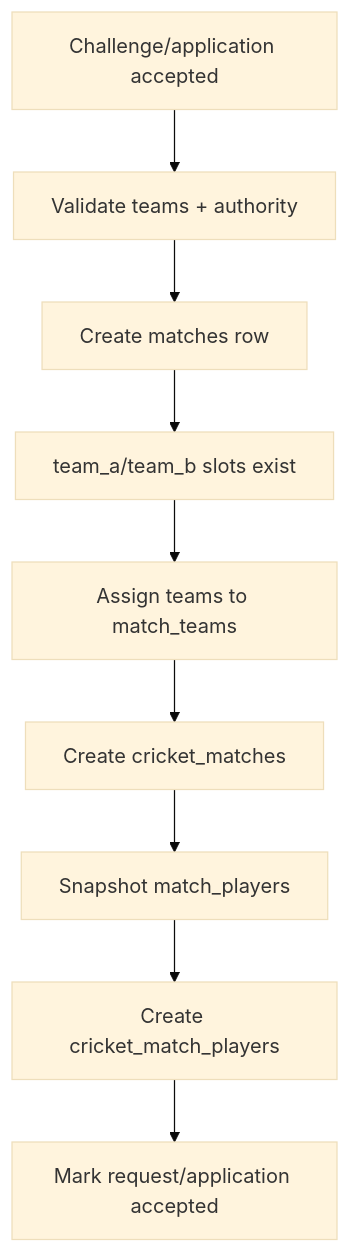
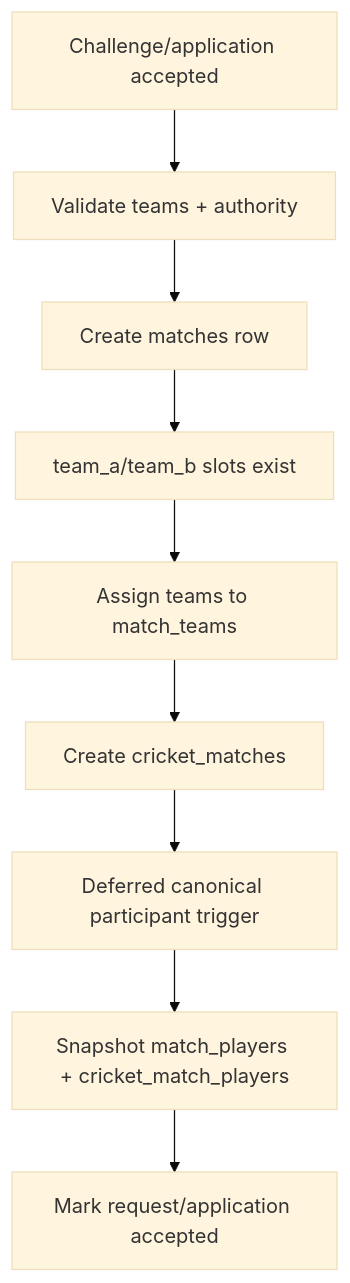
One commit to MuhammadSaranKhalid/matchday changed the sixth of 7 diagrams in docs/database/MATCHDAY_MATCH_CRICKET_RUNTIME_ARCHITECTURE.md. Above: the diagram before and after it, drawn with Mermaid (base theme). The commit also changed other lines of this file and 5 other files, not shown here.

````diff
--- a/docs/database/MATCHDAY_MATCH_CRICKET_RUNTIME_ARCHITECTURE.md
+++ b/docs/database/MATCHDAY_MATCH_CRICKET_RUNTIME_ARCHITECTURE.md
@@ -1329,11 +1335,11 @@
 ```mermaid
 flowchart TD
     A[Challenge/application accepted] --> B[Validate teams + authority]
     B --> C[Create matches row]
     C --> D[team_a/team_b slots exist]
     D --> E[Assign teams to match_teams]
     E --> F[Create cricket_matches]
-    F --> G[Snapshot match_players]
-    G --> H[Create cricket_match_players]
+    F --> G[Deferred canonical participant trigger]
+    G --> H[Snapshot match_players + cricket_match_players]
     H --> I[Mark request/application accepted]
 ```
````
